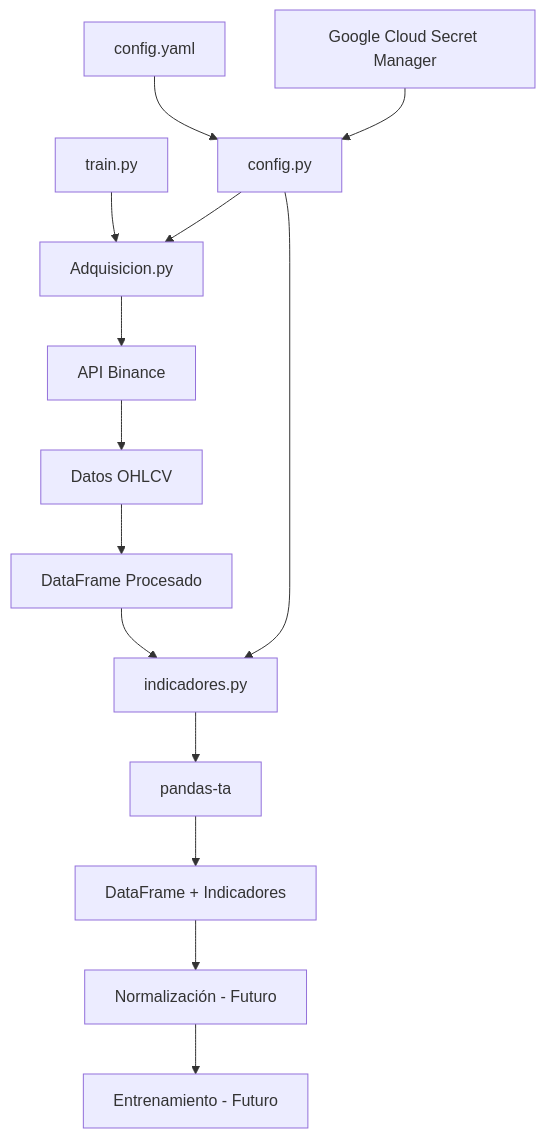
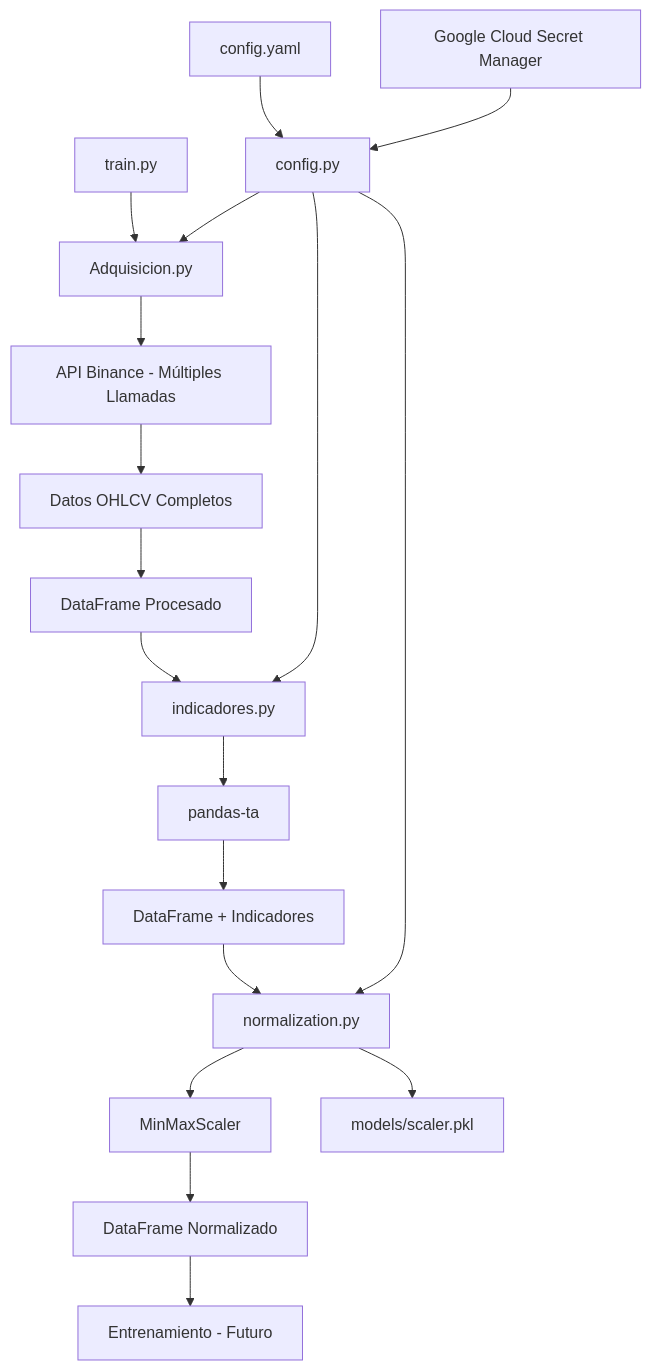
One commit to f92esmup/btcbot changed the diagram in README.md. Above: the diagram before and after it, drawn with Mermaid. The commit also changed other lines of this file and 8 other files, not shown here.

````diff
--- a/README.md
+++ b/README.md
@@ -313,18 +353,23 @@
 ```mermaid
 graph TD
     A[train.py] --> B[Adquisicion.py]
-    B --> C[API Binance]
-    C --> D[Datos OHLCV]
+    B --> C[API Binance - Múltiples Llamadas]
+    C --> D[Datos OHLCV Completos]
     D --> E[DataFrame Procesado]
     E --> F[indicadores.py]
     F --> G[pandas-ta]
     G --> H[DataFrame + Indicadores]
-    H --> I[Normalización - Futuro]
-    I --> J[Entrenamiento - Futuro]
+    H --> I[normalization.py]
+    I --> J[MinMaxScaler]
+    J --> K[DataFrame Normalizado]
+    K --> L[Entrenamiento - Futuro]
     
-    K[config.yaml] --> L[config.py]
-    L --> B
-    L --> F
+    M[config.yaml] --> N[config.py]
+    N --> B
+    N --> F
+    N --> I
     
-    M[Google Cloud Secret Manager] --> L
+    O[Google Cloud Secret Manager] --> N
+    
+    I --> P[models/scaler.pkl]
 ```
````
